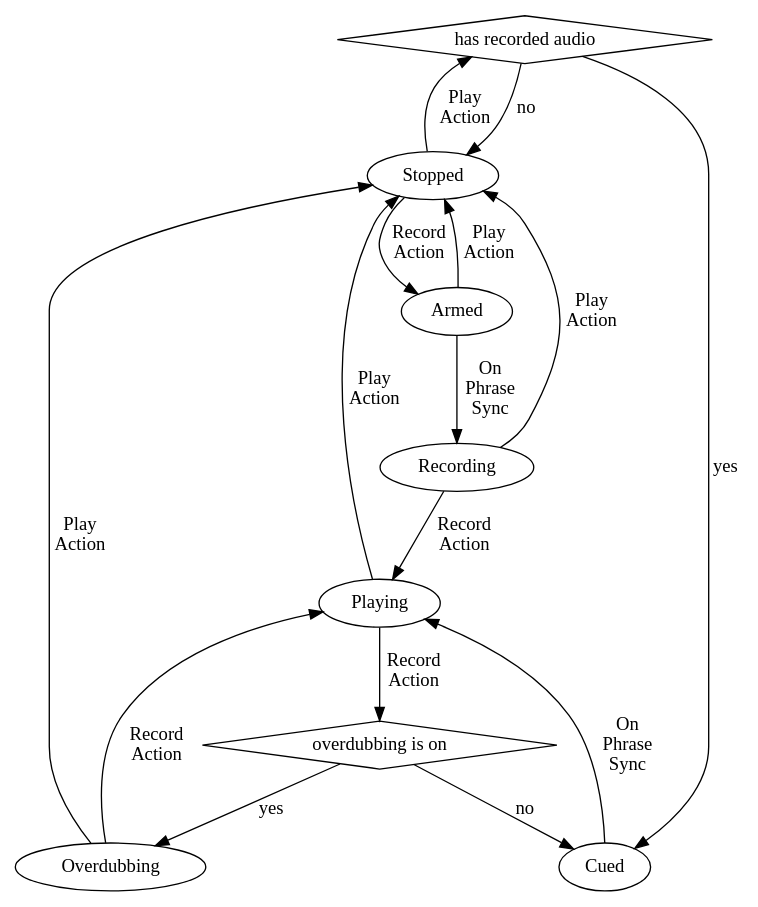
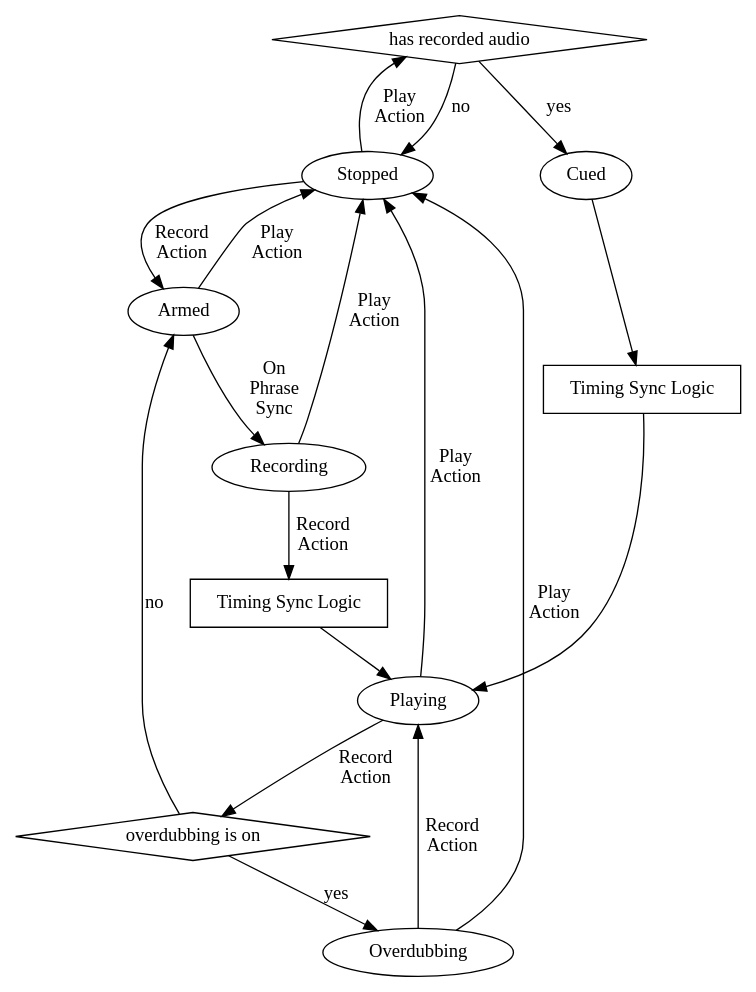
One commit to rumblesan/glacier changed the diagram in diagrams/buffer-control-fsm.dot. Above: the diagram before and after it, drawn with Graphviz.

Commit message:
Changes to buffer control state machine diagram

```diff
--- a/diagrams/buffer-control-fsm.dot
+++ b/diagrams/buffer-control-fsm.dot
@@ -1,30 +1,35 @@
 digraph G {
 
   node [ shape="diamond" ];
   hasAudio [ label="has recorded audio" ];
   overdubActive [ label="overdubbing is on" ];
+
+  node [ shape="box" ];
+  recordSyncLogic [ label="Timing Sync Logic" ];
+  playSyncLogic [ label="Timing Sync Logic" ];
 
   node [ shape="oval" ];
   Stopped -> Armed [ label="Record\nAction" ];
   Stopped -> hasAudio [ label="Play\nAction" ];
   hasAudio -> Stopped [ label="no" ];
   hasAudio -> Cued [ label="yes" ];
 
-  Cued -> Playing [ label="On\nPhrase\nSync" ];
+  Cued -> playSyncLogic;
+  playSyncLogic -> Playing;
 
   Armed -> Stopped [ label="Play\nAction" ];
   Armed -> Recording [ label="On\nPhrase\nSync" ];
 
   Recording -> Stopped [ label="Play\nAction" ];
-  Recording -> Playing [ label="Record\nAction" ];
+  Recording -> recordSyncLogic [ label="Record\nAction" ];
+  recordSyncLogic -> Playing;
 
   Playing -> Stopped [ label="Play\nAction" ];
   Playing -> overdubActive [ label="Record\nAction" ];
-
-  overdubActive -> Cued [ label="no" ];
+  overdubActive -> Armed [ label="no" ];
   overdubActive -> Overdubbing [ label="yes" ];
 
   Overdubbing -> Stopped [ label="Play\nAction" ];
   Overdubbing -> Playing [ label="Record\nAction" ];
 
 }
```
